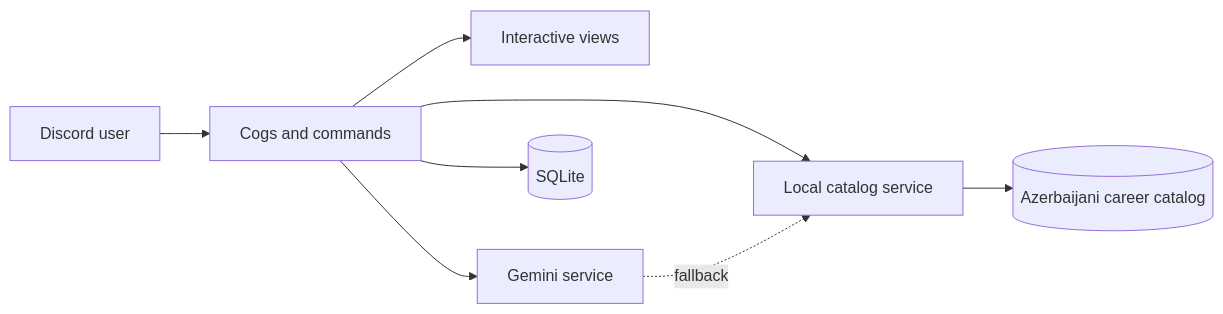
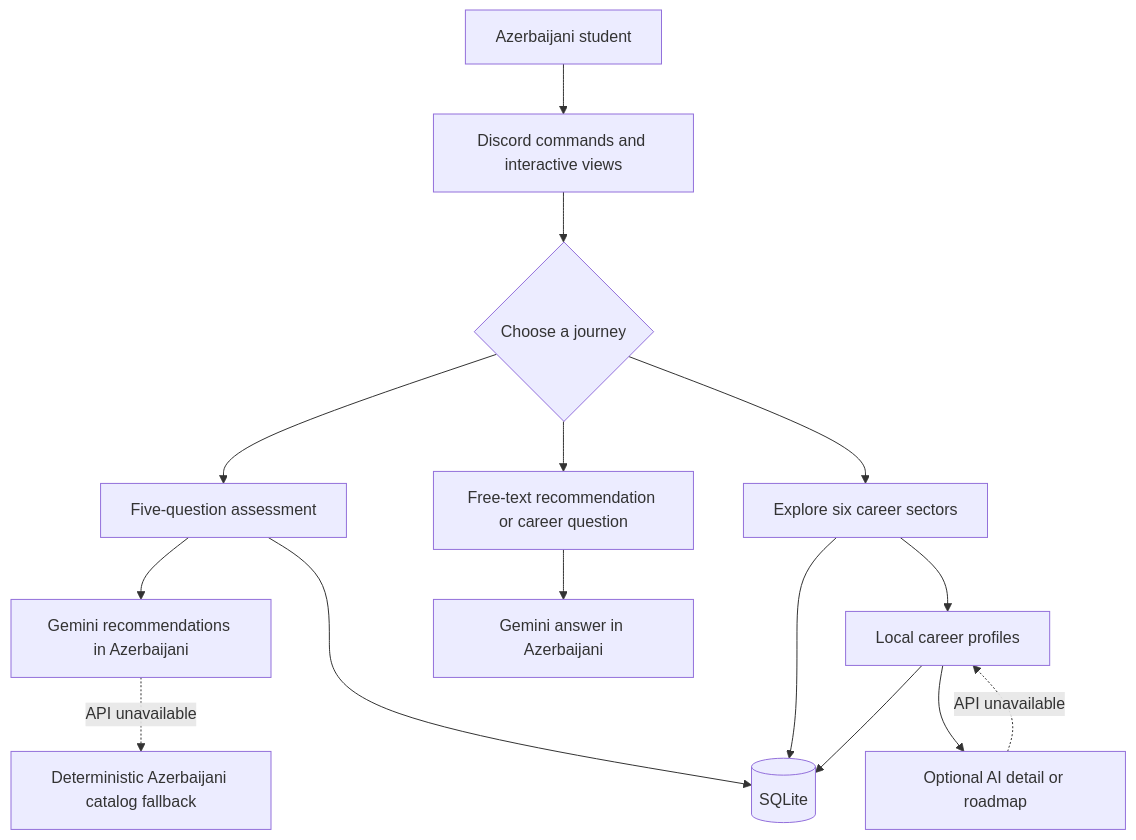
The diagram in README.md (Kvseis/CareerCompass), drawn with Mermaid before and after one commit. The commit also changed other lines of this file and 2 other files, not shown here.

Commit message:
Architecture documentation update

````diff
--- a/README.md
+++ b/README.md
@@ -80,10 +94,20 @@
 ```mermaid
-flowchart LR
-    U[Discord user] --> C[Cogs and commands]
-    C --> V[Interactive views]
-    C --> G[Gemini service]
-    C --> S[Local catalog service]
-    C --> DB[(SQLite)]
-    S --> J[(Azerbaijani career catalog)]
-    G -. fallback .-> S
+flowchart TD
+    U[Azerbaijani student] --> D[Discord commands and interactive views]
+    D --> J{Choose a journey}
+
+    J --> T[Five-question assessment]
+    J --> E[Explore six career sectors]
+    J --> Q[Free-text recommendation or career question]
+
+    T --> G[Gemini recommendations in Azerbaijani]
+    G -. API unavailable .-> F[Deterministic Azerbaijani catalog fallback]
+    E --> C[Local career profiles]
+    C --> A[Optional AI detail or roadmap]
+    A -. API unavailable .-> C
+    Q --> R[Gemini answer in Azerbaijani]
+
+    T --> DB[(SQLite)]
+    E --> DB
+    C --> DB
 ```
````
